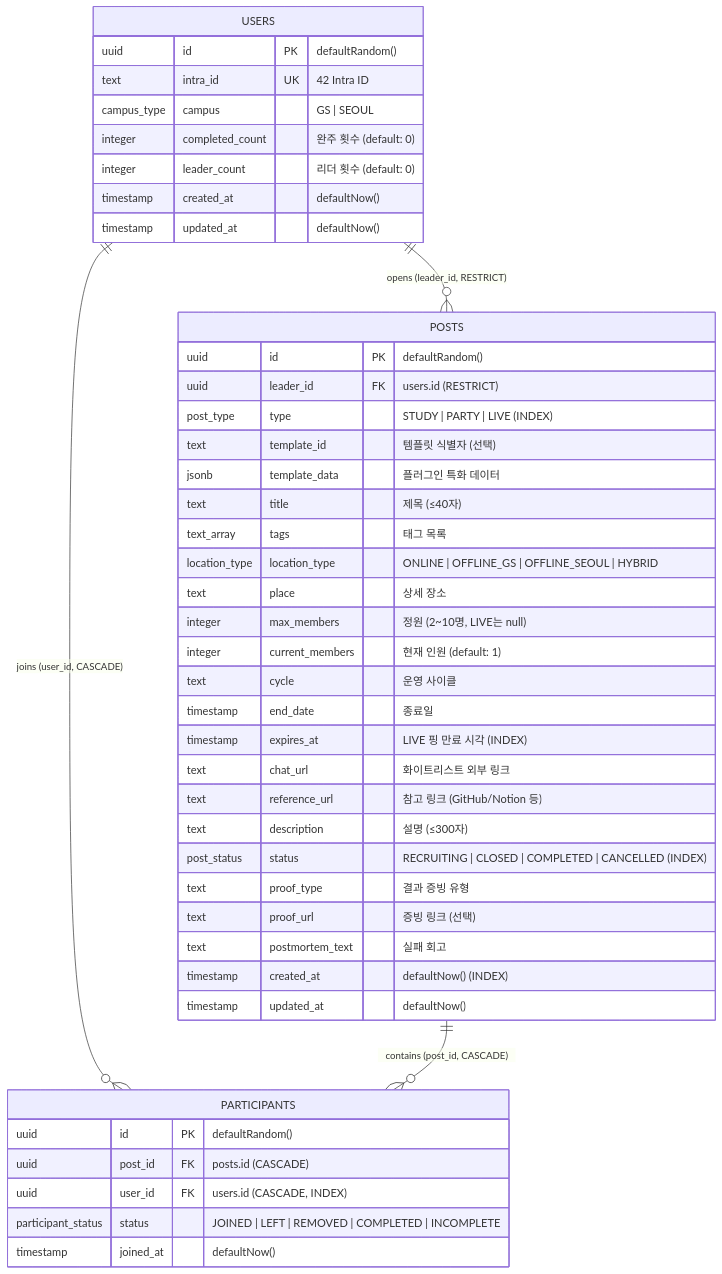
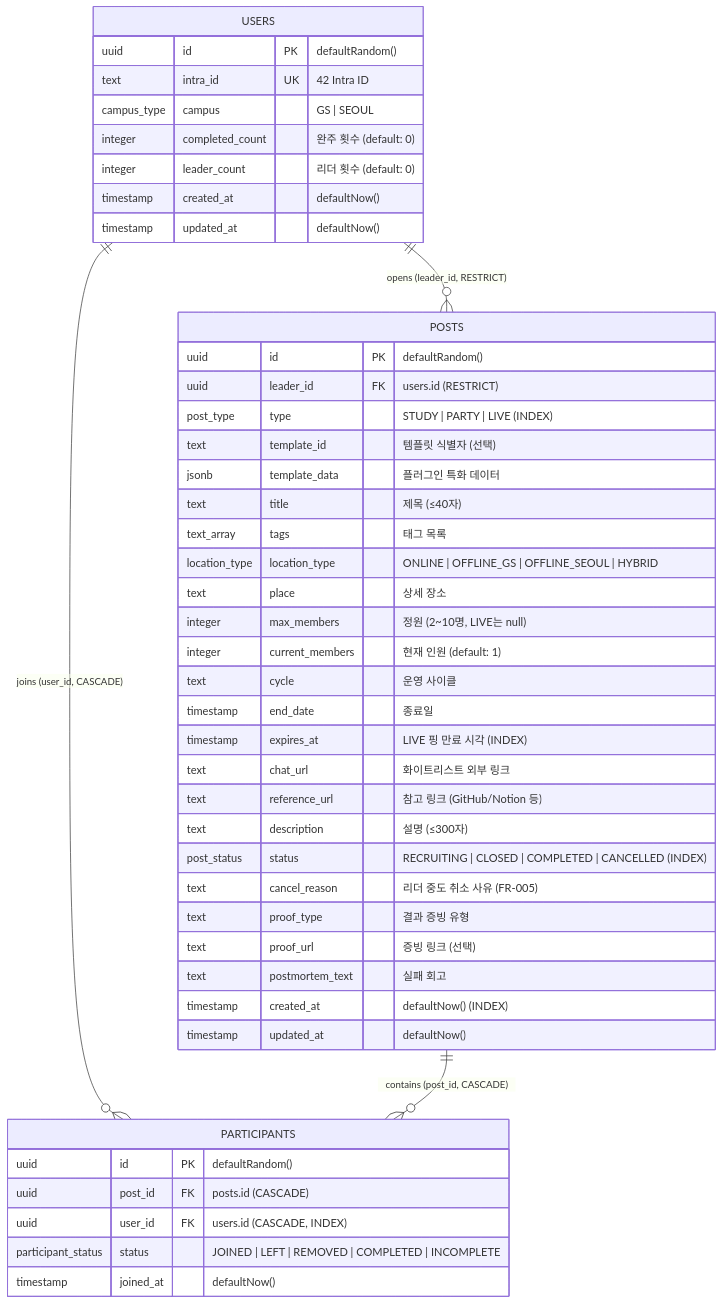
One commit to erdoslibrary/modoo42 changed the diagram in docs/trd.md. Above: the diagram before and after it, drawn with Mermaid. The commit also changed other lines of this file and 35 other files, not shown here.

````diff
--- a/docs/trd.md
+++ b/docs/trd.md
@@ -72,50 +72,51 @@
 ```mermaid
 erDiagram
     USERS ||--o{ POSTS : "opens (leader_id, RESTRICT)"
     USERS ||--o{ PARTICIPANTS : "joins (user_id, CASCADE)"
     POSTS ||--o{ PARTICIPANTS : "contains (post_id, CASCADE)"
 
     USERS {
         uuid id PK "defaultRandom()"
         text intra_id UK "42 Intra ID"
         campus_type campus "GS | SEOUL"
         integer completed_count "완주 횟수 (default: 0)"
         integer leader_count "리더 횟수 (default: 0)"
         timestamp created_at "defaultNow()"
         timestamp updated_at "defaultNow()"
     }
 
     POSTS {
         uuid id PK "defaultRandom()"
         uuid leader_id FK "users.id (RESTRICT)"
         post_type type "STUDY | PARTY | LIVE (INDEX)"
         text template_id "템플릿 식별자 (선택)"
         jsonb template_data "플러그인 특화 데이터"
         text title "제목 (≤40자)"
         text_array tags "태그 목록"
         location_type location_type "ONLINE | OFFLINE_GS | OFFLINE_SEOUL | HYBRID"
         text place "상세 장소"
         integer max_members "정원 (2~10명, LIVE는 null)"
         integer current_members "현재 인원 (default: 1)"
         text cycle "운영 사이클"
         timestamp end_date "종료일"
         timestamp expires_at "LIVE 핑 만료 시각 (INDEX)"
         text chat_url "화이트리스트 외부 링크"
         text reference_url "참고 링크 (GitHub/Notion 등)"
         text description "설명 (≤300자)"
         post_status status "RECRUITING | CLOSED | COMPLETED | CANCELLED (INDEX)"
+        text cancel_reason "리더 중도 취소 사유 (FR-005)"
         text proof_type "결과 증빙 유형"
         text proof_url "증빙 링크 (선택)"
         text postmortem_text "실패 회고"
         timestamp created_at "defaultNow() (INDEX)"
         timestamp updated_at "defaultNow()"
     }
 
     PARTICIPANTS {
         uuid id PK "defaultRandom()"
         uuid post_id FK "posts.id (CASCADE)"
         uuid user_id FK "users.id (CASCADE, INDEX)"
         participant_status status "JOINED | LEFT | REMOVED | COMPLETED | INCOMPLETE"
         timestamp joined_at "defaultNow()"
     }
 ```
````
